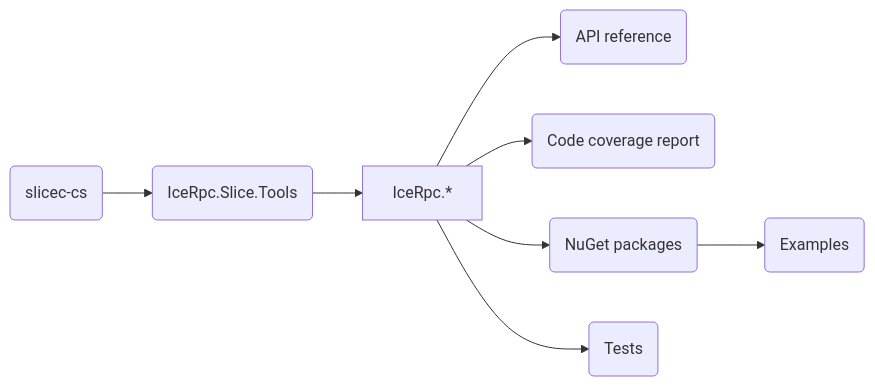
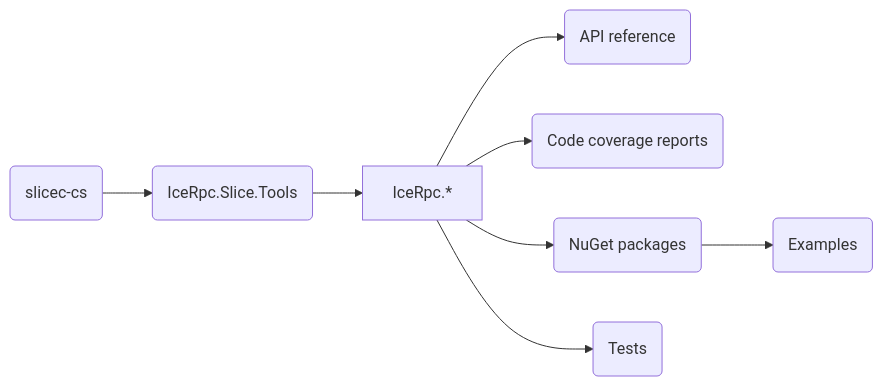
Before and after one commit to icerpc/icerpc-csharp: the diagram in BUILDING.md, drawn with Mermaid. The commit also changed other lines of this file, not shown here.

````diff
--- a/BUILDING.md
+++ b/BUILDING.md
@@ -41,8 +55,8 @@
 ```mermaid
 flowchart LR
     compiler(slicec-cs) --> tools(IceRpc.Slice.Tools) --> IceRpc.*
     IceRpc.* --> api(API reference)
-    IceRpc.* --> cov(Code coverage report)
+    IceRpc.* --> cov(Code coverage reports)
     IceRpc.* --> nuget(NuGet packages) --> examples(Examples)
     IceRpc.* --> tests(Tests)
 ```
````
